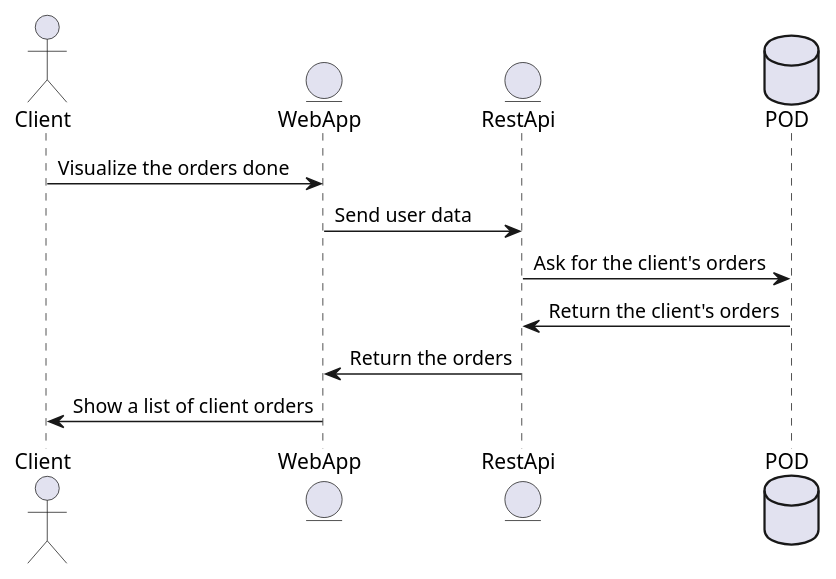
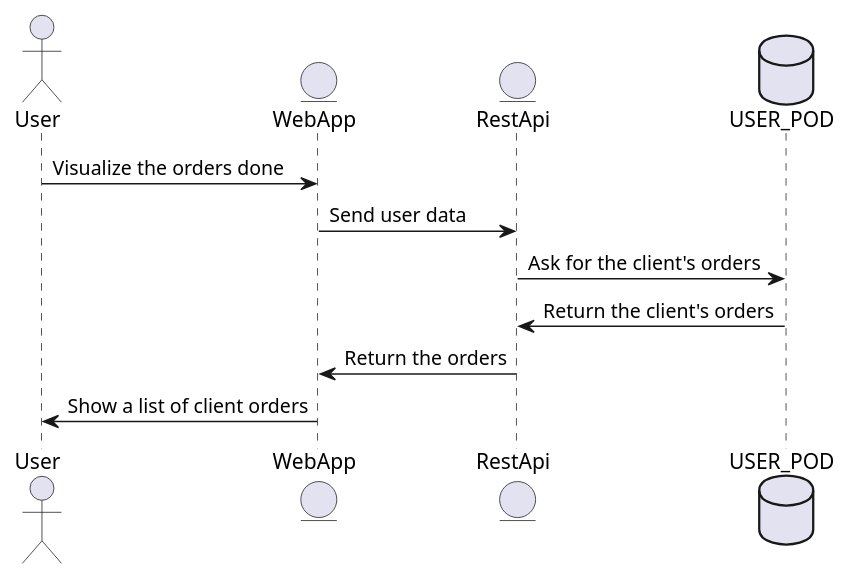
One commit to Arquisoft/dede_es3c changed the second of 3 diagrams in docs/06_runtime_view.adoc. Above: the diagram before and after it, drawn with PlantUML. The commit also changed other lines of this file, not shown here.

```diff
--- a/docs/06_runtime_view.adoc
+++ b/docs/06_runtime_view.adoc
@@ -55,15 +55,15 @@
 [plantuml,"Visualize orders done",png]
 ----
 @startuml
-actor Client
+actor User
 entity WebApp
 entity RestApi
-database POD
-Client -> WebApp: Visualize the orders done
+database USER_POD
+User -> WebApp: Visualize the orders done
 WebApp -> RestApi: Send user data
-RestApi -> POD: Ask for the client's orders
-POD -> RestApi: Return the client's orders
+RestApi -> USER_POD: Ask for the client's orders
+USER_POD -> RestApi: Return the client's orders
 RestApi -> WebApp: Return the orders
-WebApp -> Client: Show a list of client orders
+WebApp -> User: Show a list of client orders
 @enduml
 ----
```
